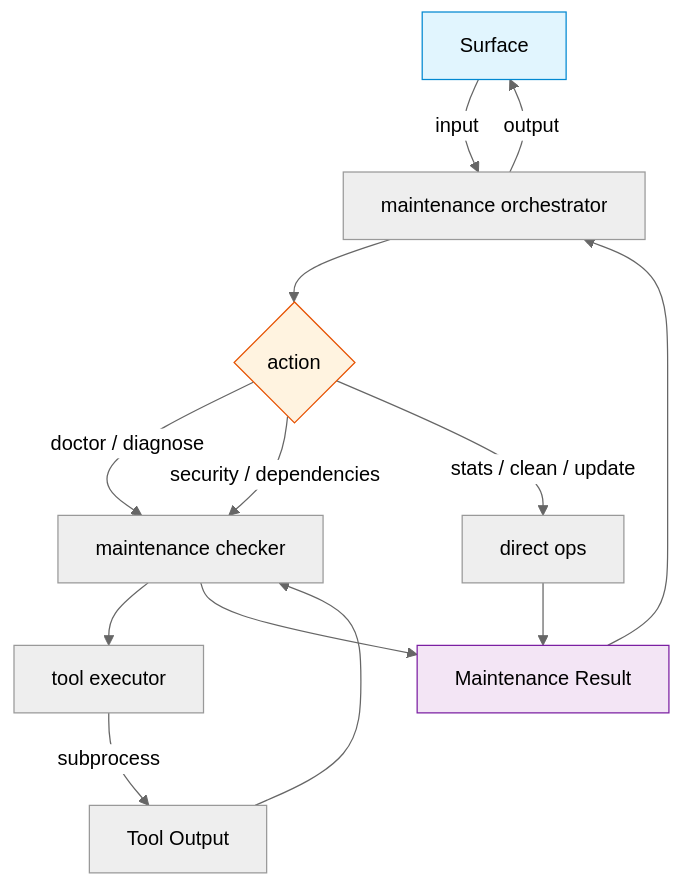
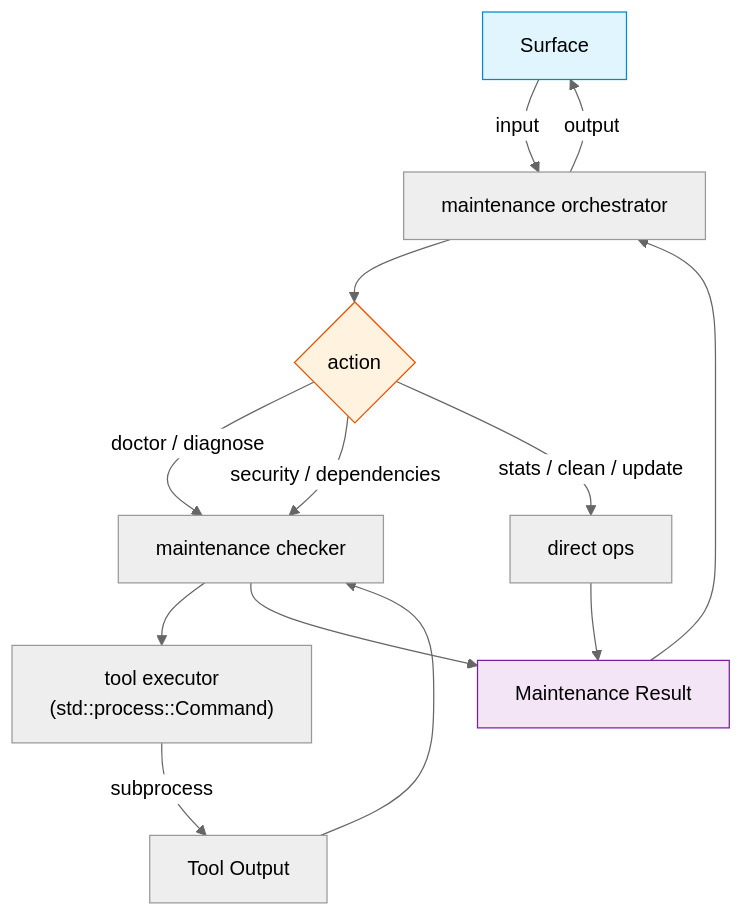
One commit to rakaarwaky/lint-arwaky changed the diagram in crates/maintenance/FRD.md. Above: the diagram before and after it, drawn with Mermaid (neutral theme). The commit also changed other lines of this file and 5 other files, not shown here.

````diff
--- a/crates/maintenance/FRD.md
+++ b/crates/maintenance/FRD.md
@@ -9,22 +16,22 @@
 ```mermaid
 flowchart TD
     A["Surface"] -->|input| B["maintenance orchestrator"]
     B --> C{"action"}
 
     C -->|"doctor / diagnose"| D["maintenance checker"]
     C -->|"security / dependencies"| D
     C -->|"stats / clean / update"| E["direct ops"]
 
-    D --> F["tool executor"]
+    D --> F["tool executor\n(std::process::Command)"]
     F -->|subprocess| G["Tool Output"]
     G --> D
     D --> H["Maintenance Result"]
     E --> H
 
     H --> B
     B -->|output| A
 
     style A fill:#e1f5fe,stroke:#0288d1
     style C fill:#fff3e0,stroke:#e65100
     style H fill:#f3e5f5,stroke:#7b1fa2
 ```
````
